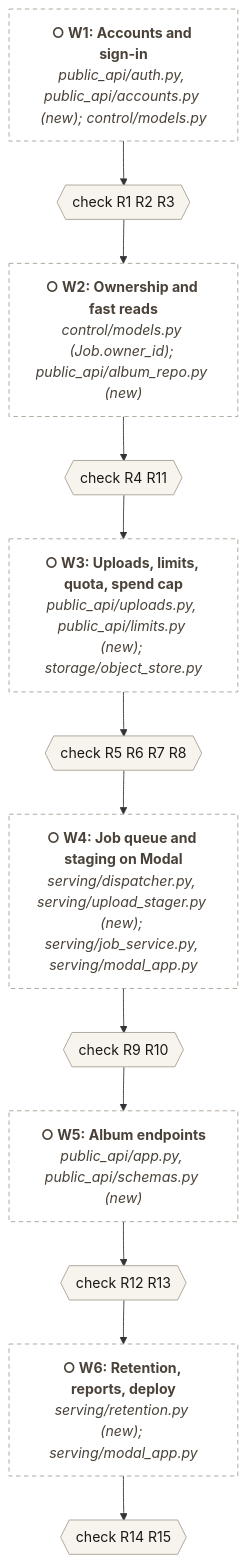
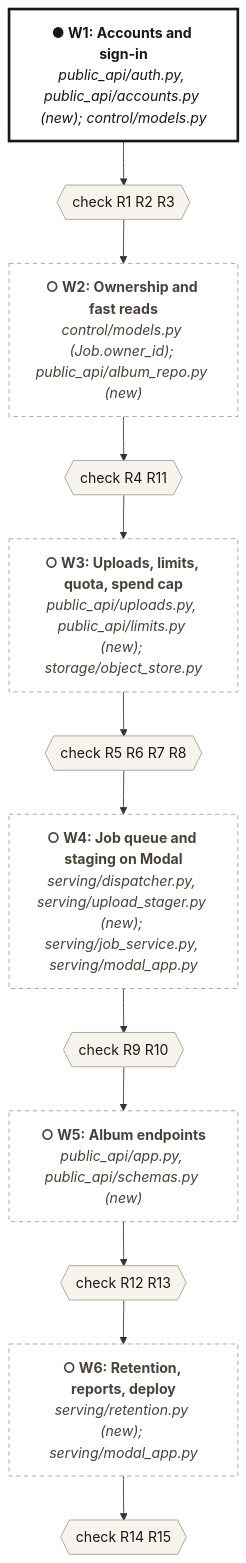
The first of 2 diagrams in specs/120-public-api-accounts/spec.md (jonathanhexner/albumify), drawn with Mermaid before and after one commit. The commit also changed other lines of this file and 16 other files, not shown here.

First line of the commit message:
feat(spec-120 W1): public accounts and sign-in

````diff
--- a/specs/120-public-api-accounts/spec.md
+++ b/specs/120-public-api-accounts/spec.md
@@ -38,19 +38,20 @@
 ```mermaid
 flowchart TD
-  S1["<b>○ W1: Accounts and sign-in</b><br/><i>public_api/auth.py, public_api/accounts.py (new); control/models.py</i>"] --> C1{{"check R1 R2 R3"}}
+  S1["<b>● W1: Accounts and sign-in</b><br/><i>public_api/auth.py, public_api/accounts.py (new); control/models.py</i>"] --> C1{{"check R1 R2 R3"}}
   C1 --> S2["<b>○ W2: Ownership and fast reads</b><br/><i>control/models.py (Job.owner_id); public_api/album_repo.py (new)</i>"]
   S2 --> C2{{"check R4 R11"}}
   C2 --> S3["<b>○ W3: Uploads, limits, quota, spend cap</b><br/><i>public_api/uploads.py, public_api/limits.py (new); storage/object_store.py</i>"]
   S3 --> C3{{"check R5 R6 R7 R8"}}
   C3 --> S4["<b>○ W4: Job queue and staging on Modal</b><br/><i>serving/dispatcher.py, serving/upload_stager.py (new); serving/job_service.py, serving/modal_app.py</i>"]
   S4 --> C4{{"check R9 R10"}}
   C4 --> S5["<b>○ W5: Album endpoints</b><br/><i>public_api/app.py, public_api/schemas.py (new)</i>"]
   S5 --> C5{{"check R12 R13"}}
   C5 --> S6["<b>○ W6: Retention, reports, deploy</b><br/><i>serving/retention.py (new); serving/modal_app.py</i>"]
   S6 --> C6{{"check R14 R15"}}
   classDef done fill:#FFFFFF,stroke:#1B1714,stroke-width:3px,color:#1B1714
   classDef todo fill:#FFFFFF,stroke:#A89F92,stroke-width:1px,stroke-dasharray:5 4,color:#4A4239
   classDef check fill:#F7F4EE,stroke:#A89F92,color:#1B1714
-  class S1,S2,S3,S4,S5,S6 todo
+  class S1 done
+  class S2,S3,S4,S5,S6 todo
   class C1,C2,C3,C4,C5,C6 check
 ```
````
